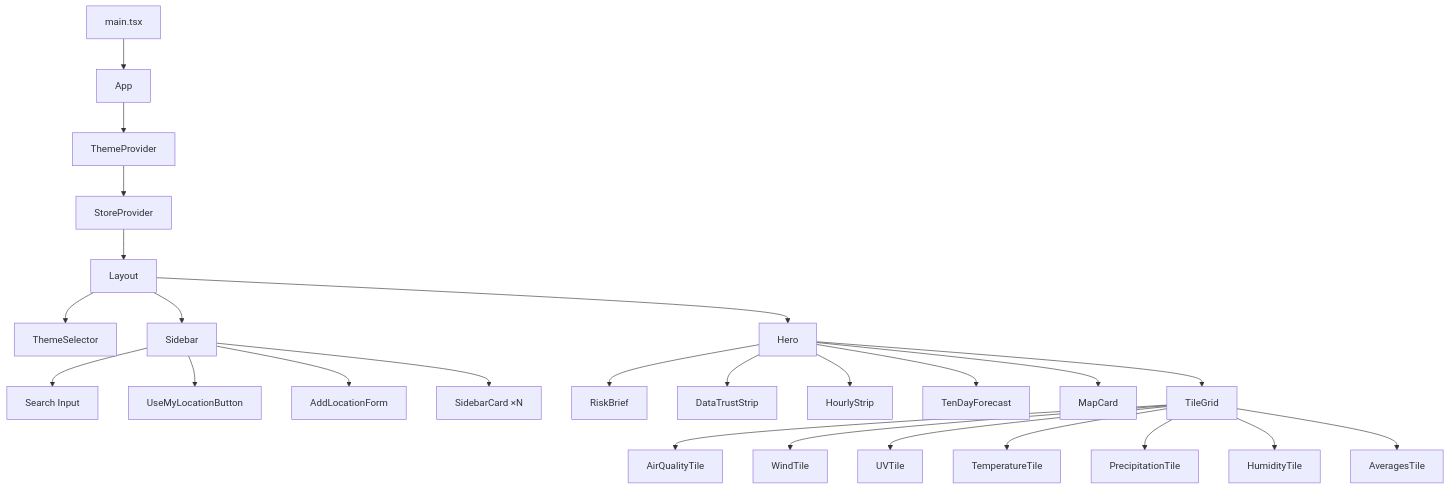
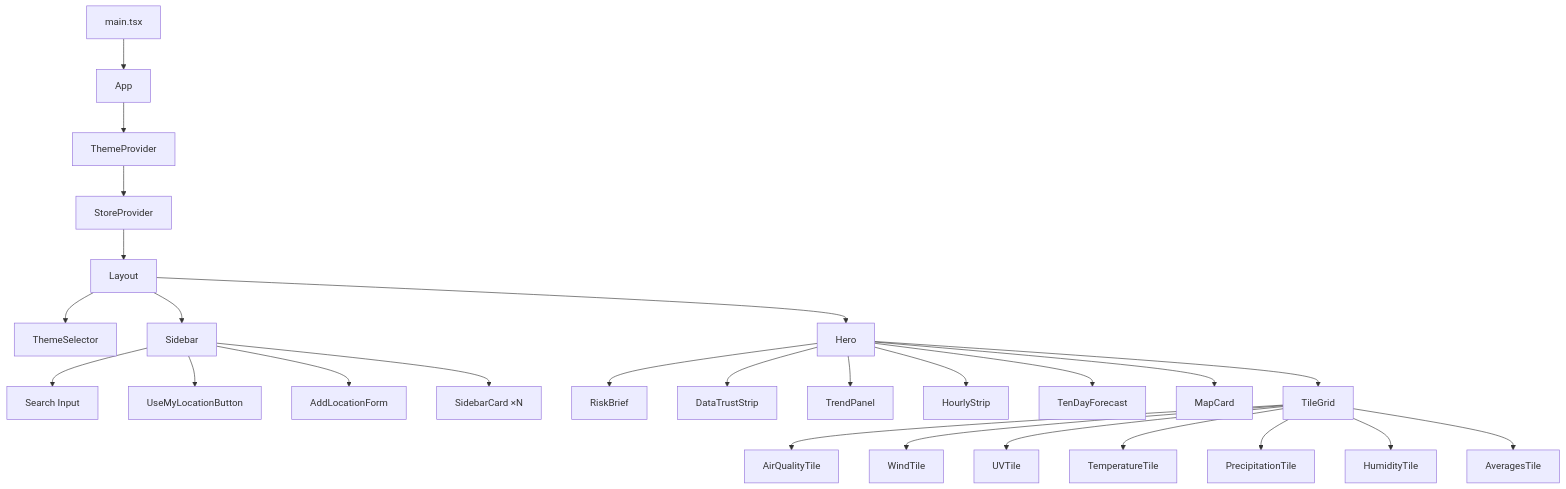
The first of 2 diagrams in docs/src/content/docs/reference/frontend-components.md (optiflow/sg-weather-ops-dashboard), drawn with Mermaid before and after one commit. The commit also changed other lines of this file and 52 other files, not shown here.

Commit message:
Refactor weather dashboard data flow and UI

````diff
--- a/docs/src/content/docs/reference/frontend-components.md
+++ b/docs/src/content/docs/reference/frontend-components.md
@@ -10,27 +10,28 @@
 ```mermaid
 graph TD
   Main["main.tsx"] --> App
   App --> ThemeProvider
   ThemeProvider --> StoreProvider
   StoreProvider --> Layout
   Layout --> ThemeSelector
   Layout --> Sidebar
   Layout --> Hero
   Sidebar --> SearchBox["Search Input"]
   Sidebar --> UseMyLocationButton
   Sidebar --> AddLocationForm
   Sidebar --> SidebarCard["SidebarCard ×N"]
   Hero --> RiskBrief
   Hero --> DataTrustStrip
+  Hero --> TrendPanel
   Hero --> HourlyStrip
   Hero --> TenDayForecast
   Hero --> MapCard
   Hero --> TileGrid
   TileGrid --> AirQualityTile
   TileGrid --> WindTile
   TileGrid --> UVTile
   TileGrid --> TemperatureTile
   TileGrid --> PrecipitationTile
   TileGrid --> HumidityTile
   TileGrid --> AveragesTile
 ```
````
